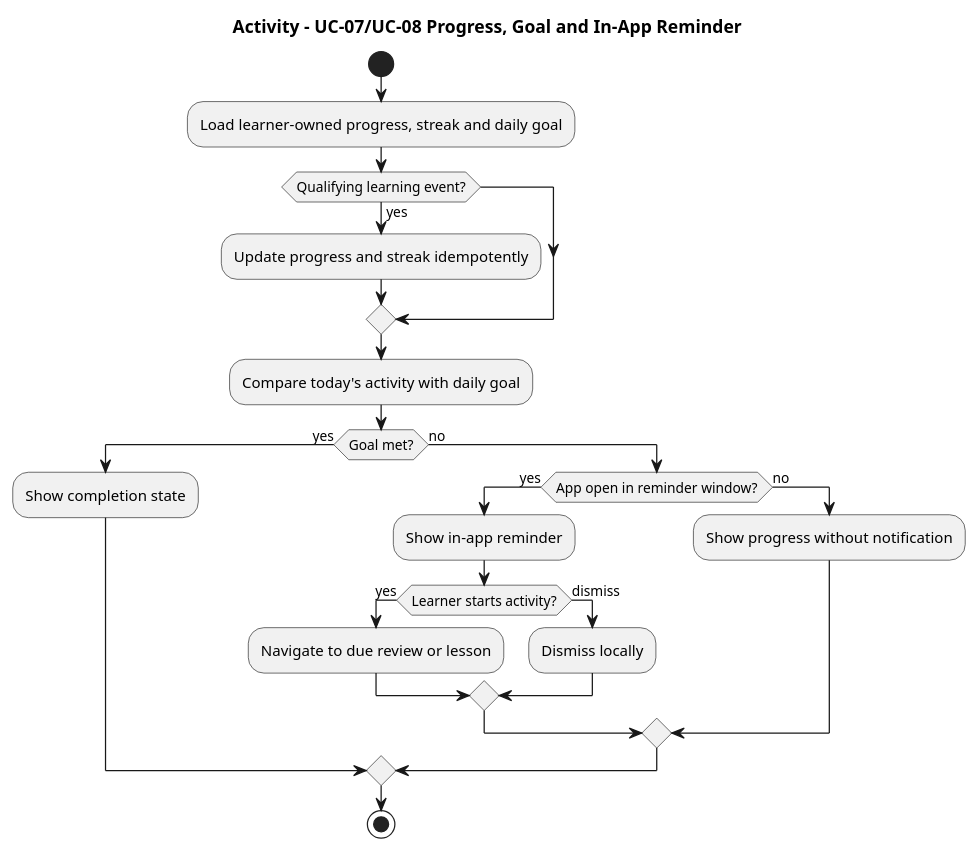
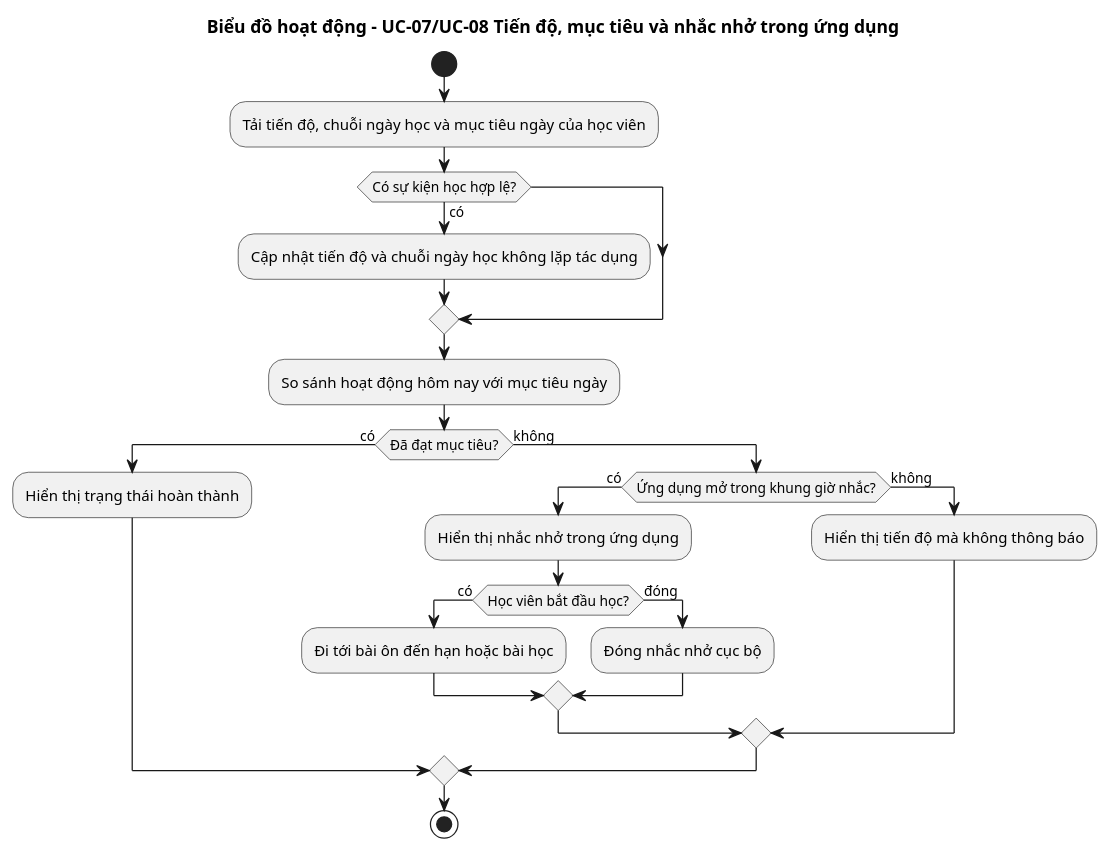
Before and after one commit to PhamNguyenThanhTung/lingora-workspace: the diagram in docs/plantuml/activity-progress-reminder.puml, drawn with PlantUML. The commit also changed 25 other files, not shown here.

Commit message:
docs: vietnamize PlantUML diagrams

```diff
--- a/docs/plantuml/activity-progress-reminder.puml
+++ b/docs/plantuml/activity-progress-reminder.puml
@@ -1,25 +1,25 @@
 @startuml
-title Activity - UC-07/UC-08 Progress, Goal and In-App Reminder
+title Biểu đồ hoạt động - UC-07/UC-08 Tiến độ, mục tiêu và nhắc nhở trong ứng dụng
 skinparam shadowing false
 start
-:Load learner-owned progress, streak and daily goal;
-if (Qualifying learning event?) then (yes)
-  :Update progress and streak idempotently;
+:Tải tiến độ, chuỗi ngày học và mục tiêu ngày của học viên;
+if (Có sự kiện học hợp lệ?) then (có)
+  :Cập nhật tiến độ và chuỗi ngày học không lặp tác dụng;
 endif
-:Compare today's activity with daily goal;
-if (Goal met?) then (yes)
-  :Show completion state;
-else (no)
-  if (App open in reminder window?) then (yes)
-    :Show in-app reminder;
-    if (Learner starts activity?) then (yes)
-      :Navigate to due review or lesson;
-    else (dismiss)
-      :Dismiss locally;
+:So sánh hoạt động hôm nay với mục tiêu ngày;
+if (Đã đạt mục tiêu?) then (có)
+  :Hiển thị trạng thái hoàn thành;
+else (không)
+  if (Ứng dụng mở trong khung giờ nhắc?) then (có)
+    :Hiển thị nhắc nhở trong ứng dụng;
+    if (Học viên bắt đầu học?) then (có)
+      :Đi tới bài ôn đến hạn hoặc bài học;
+    else (đóng)
+      :Đóng nhắc nhở cục bộ;
     endif
-  else (no)
-    :Show progress without notification;
+  else (không)
+    :Hiển thị tiến độ mà không thông báo;
   endif
 endif
 stop
 @enduml
```
